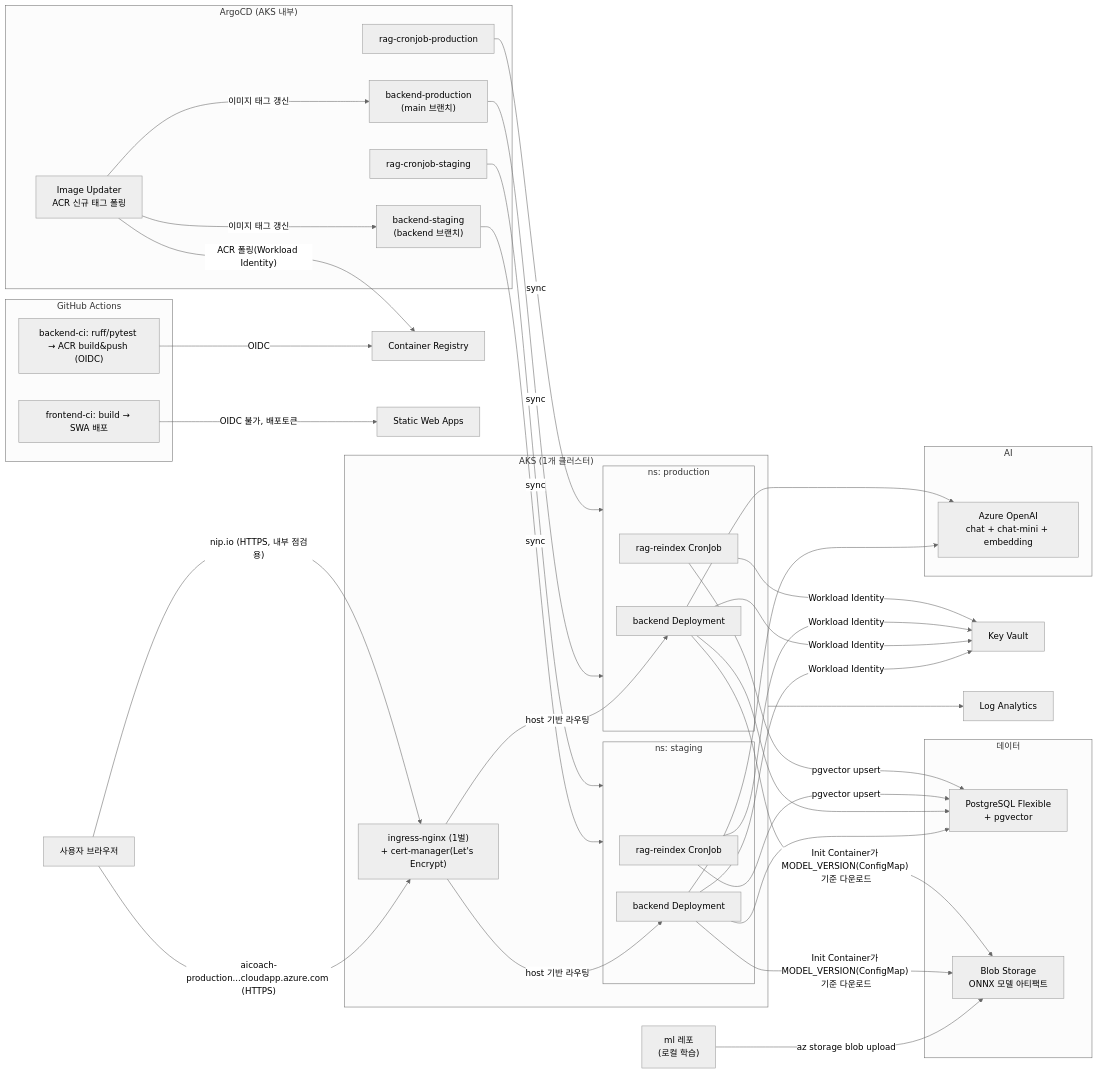
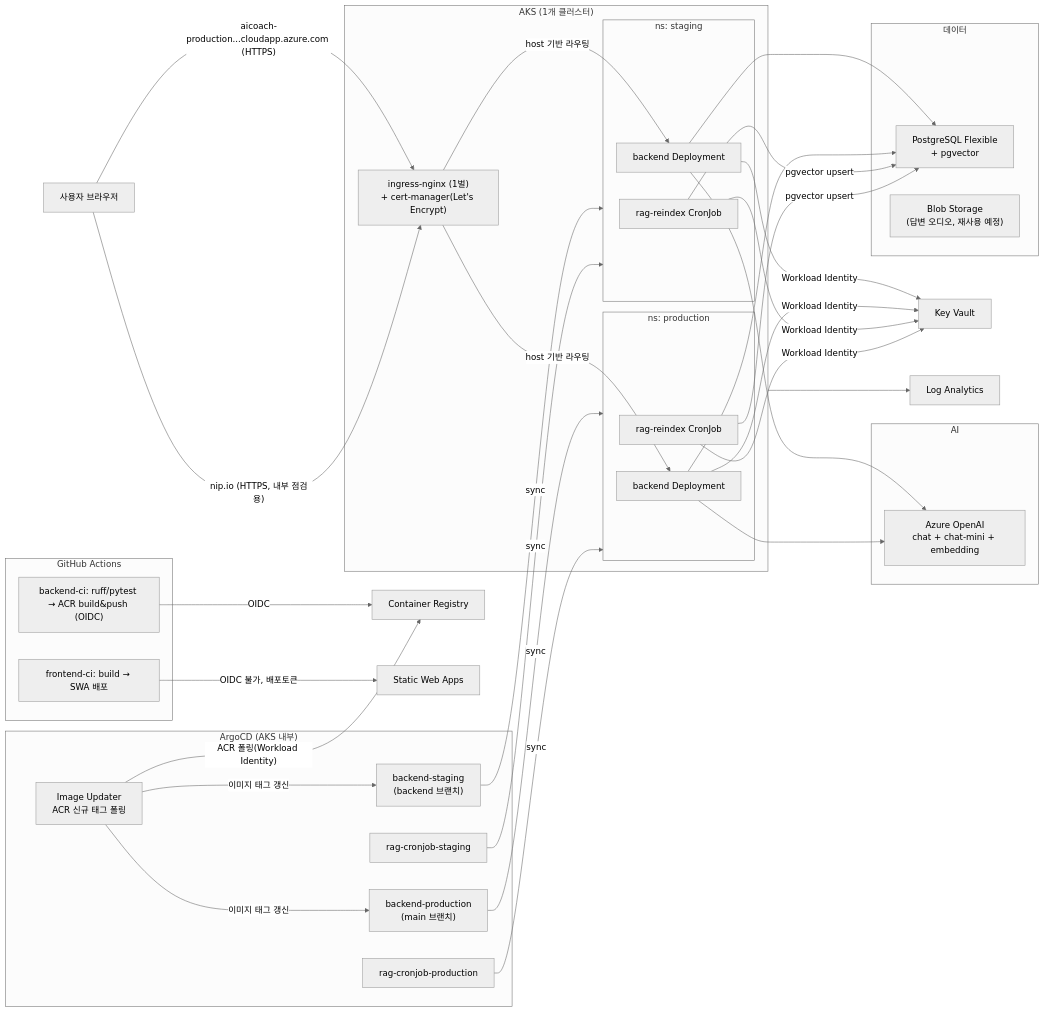
Before and after one commit to wownae-ct/MS-AI-Project-3rd-Team-4: the diagram in infra/README.md, drawn with Mermaid (neutral theme). The commit also changed other lines of this file and 15 other files, not shown here.

````diff
--- a/infra/README.md
+++ b/infra/README.md
@@ -13,57 +13,54 @@
 ```mermaid
 flowchart LR
     subgraph CI["GitHub Actions"]
         BCI["backend-ci: ruff/pytest → ACR build&push (OIDC)"]
         FCI["frontend-ci: build → SWA 배포"]
     end
     subgraph GitOps["ArgoCD (AKS 내부)"]
         ARGO_BS["backend-staging<br/>(backend 브랜치)"]
         ARGO_BP["backend-production<br/>(main 브랜치)"]
         ARGO_RS["rag-cronjob-staging"]
         ARGO_RP["rag-cronjob-production"]
         IU["Image Updater<br/>ACR 신규 태그 폴링"]
     end
     subgraph AKS["AKS (1개 클러스터)"]
         ING["ingress-nginx (1벌)<br/>+ cert-manager(Let's Encrypt)"]
         subgraph NS_S["ns: staging"]
             GW_S["backend Deployment"]
             CJ_S["rag-reindex CronJob"]
         end
         subgraph NS_P["ns: production"]
             GW_P["backend Deployment"]
             CJ_P["rag-reindex CronJob"]
         end
     end
     USERS["사용자 브라우저"]
     subgraph AI["AI"]
         AOAI["Azure OpenAI<br/>chat + chat-mini + embedding"]
     end
     subgraph Data["데이터"]
         PG["PostgreSQL Flexible<br/>+ pgvector"]
-        BLOB["Blob Storage<br/>ONNX 모델 아티팩트"]
+        BLOB["Blob Storage<br/>(답변 오디오, 재사용 예정)"]
     end
     KV["Key Vault"]
     ACR["Container Registry"]
     SWA["Static Web Apps"]
     LAW["Log Analytics"]
-    ML["ml 레포<br/>(로컬 학습)"]
 
     USERS -- "aicoach-production...cloudapp.azure.com (HTTPS)" --> ING
     USERS -- "nip.io (HTTPS, 내부 점검용)" --> ING
     ING -- host 기반 라우팅 --> GW_S & GW_P
     BCI -- OIDC --> ACR
     IU -- ACR 폴링(Workload Identity) --> ACR
     IU -- 이미지 태그 갱신 --> ARGO_BS & ARGO_BP
     ARGO_BS -- sync --> NS_S
     ARGO_RS -- sync --> NS_S
     ARGO_BP -- sync --> NS_P
     ARGO_RP -- sync --> NS_P
     FCI -- OIDC 불가, 배포토큰 --> SWA
-    ML -- "az storage blob upload" --> BLOB
-    GW_S & GW_P -- "Init Container가 MODEL_VERSION(ConfigMap) 기준 다운로드" --> BLOB
     GW_S & GW_P & CJ_S & CJ_P -- Workload Identity --> KV
     GW_S & GW_P --> AOAI
     GW_S & GW_P --> PG
     CJ_S & CJ_P -- pgvector upsert --> PG
     AKS --> LAW
 ```
````
